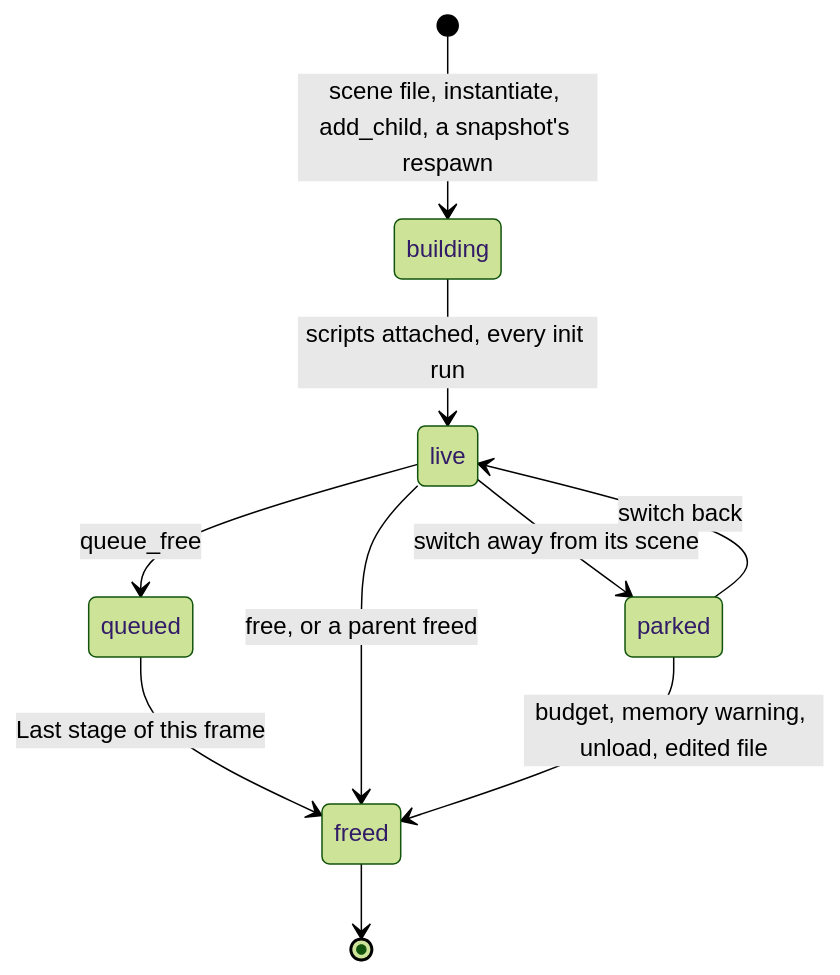
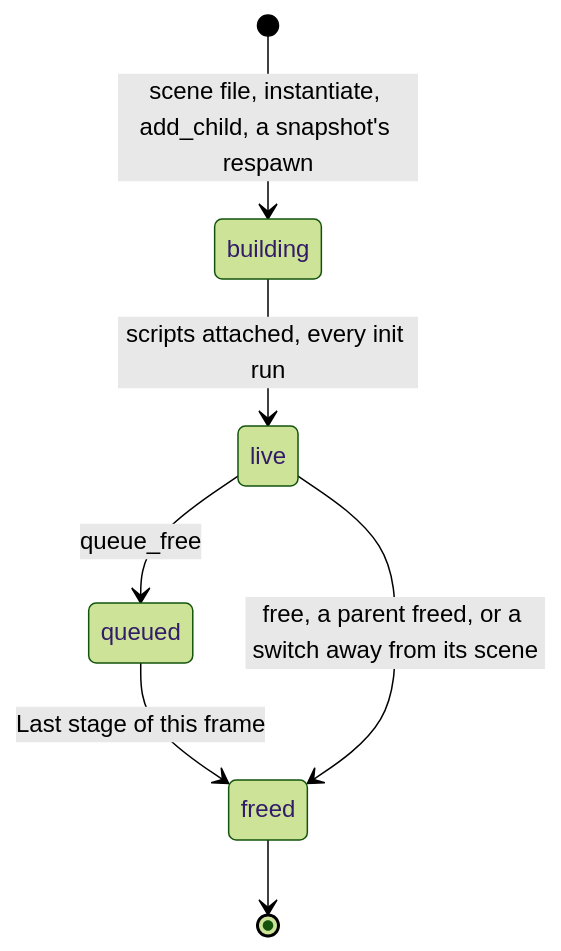
One commit to balaurengine/balaur changed the fourth of 11 diagrams in docs/LIFECYCLE.md. Above: the diagram before and after it, drawn with Mermaid (forest theme). The commit also changed other lines of this file and 187 other files, not shown here.

````diff
--- a/docs/LIFECYCLE.md
+++ b/docs/LIFECYCLE.md
@@ -249,12 +250,9 @@
 ```mermaid
 stateDiagram-v2
     [*] --> building: scene file, instantiate, add_child, a snapshot's respawn
     building --> live: scripts attached, every init run
     live --> queued: queue_free
     queued --> freed: Last stage of this frame
-    live --> freed: free, or a parent freed
-    live --> parked: switch away from its scene
-    parked --> live: switch back
-    parked --> freed: budget, memory warning, unload, edited file
+    live --> freed: free, a parent freed, or a switch away from its scene
     freed --> [*]
 ```
````
